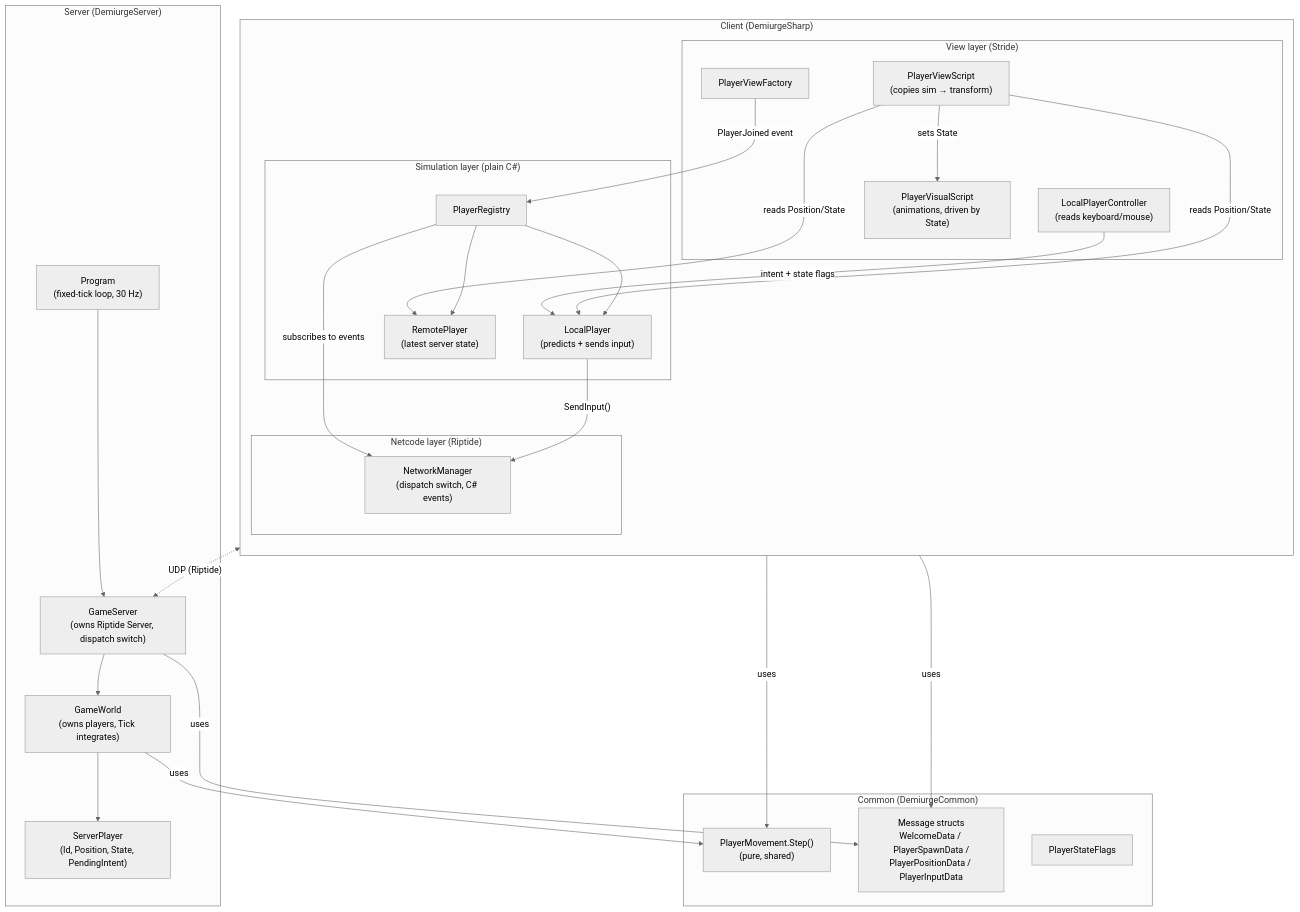
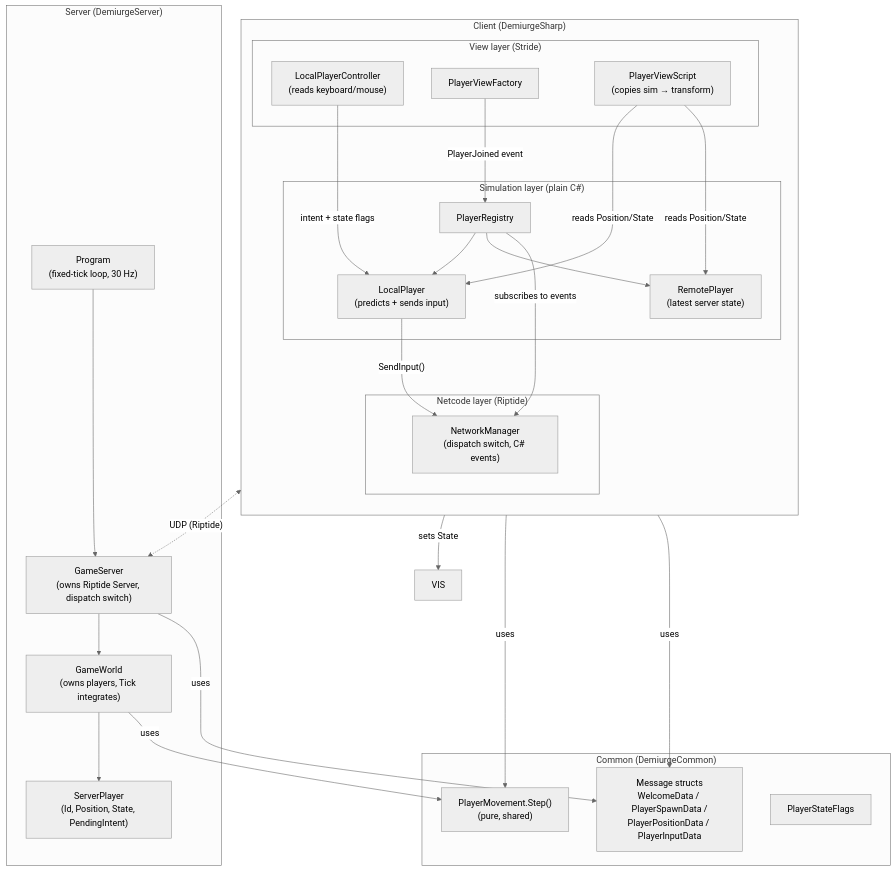
Before and after one commit to pickles976/Demiurge: the first of 2 diagrams in docs/NETWORKING.md, drawn with Mermaid (neutral theme). The commit also changed 5 other files, not shown here.

````diff
--- a/docs/NETWORKING.md
+++ b/docs/NETWORKING.md
@@ -13,53 +13,52 @@
 ```mermaid
 flowchart TB
     subgraph Client["Client (DemiurgeSharp)"]
         direction TB
         subgraph view["View layer (Stride)"]
             PVF[PlayerViewFactory]
             PVS["PlayerViewScript<br/>(copies sim → transform)"]
-            VIS["PlayerVisualScript<br/>(animations, driven by State)"]
             LPC["LocalPlayerController<br/>(reads keyboard/mouse)"]
         end
         subgraph sim["Simulation layer (plain C#)"]
             REG[PlayerRegistry]
             LP["LocalPlayer<br/>(predicts + sends input)"]
             RP["RemotePlayer<br/>(latest server state)"]
         end
         subgraph net["Netcode layer (Riptide)"]
             NM["NetworkManager<br/>(dispatch switch, C# events)"]
         end
     end
 
     subgraph Common["Common (DemiurgeCommon)"]
         MSG["Message structs<br/>WelcomeData / PlayerSpawnData /<br/>PlayerPositionData / PlayerInputData"]
         MOVE["PlayerMovement.Step()<br/>(pure, shared)"]
         FLAGS[PlayerStateFlags]
     end
 
     subgraph Server["Server (DemiurgeServer)"]
         PROG["Program<br/>(fixed-tick loop, 30 Hz)"]
         GS["GameServer<br/>(owns Riptide Server, dispatch switch)"]
         GW["GameWorld<br/>(owns players, Tick integrates)"]
         SP["ServerPlayer<br/>(Id, Position, State, PendingIntent)"]
     end
 
     LPC -- "intent + state flags" --> LP
     PVF -- "PlayerJoined event" --> REG
     PVS -- "reads Position/State" --> LP
     PVS -- "reads Position/State" --> RP
     PVS -- "sets State" --> VIS
     REG --> LP
     REG --> RP
     REG -- "subscribes to events" --> NM
     LP -- "SendInput()" --> NM
     LP -- uses --> MOVE
     NM -- uses --> MSG
 
     PROG --> GS
     GS --> GW
     GW --> SP
     GW -- uses --> MOVE
     GS -- uses --> MSG
 
     NM <-. "UDP (Riptide)" .-> GS
 ```
````
